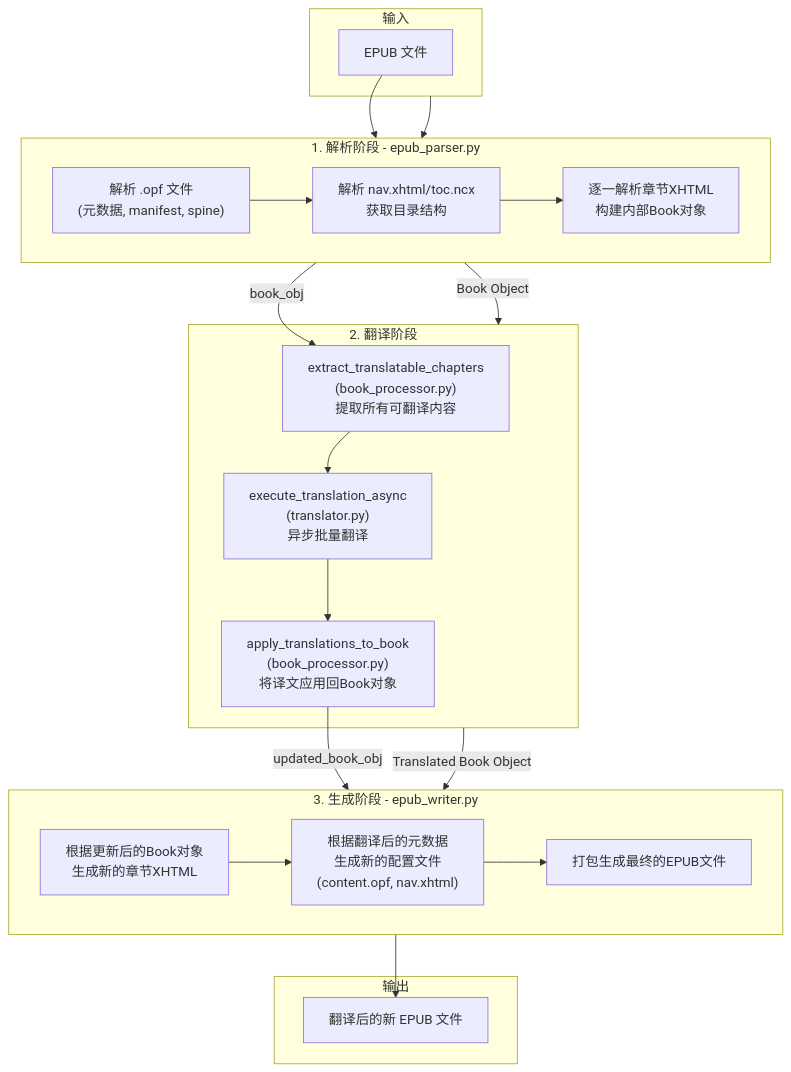
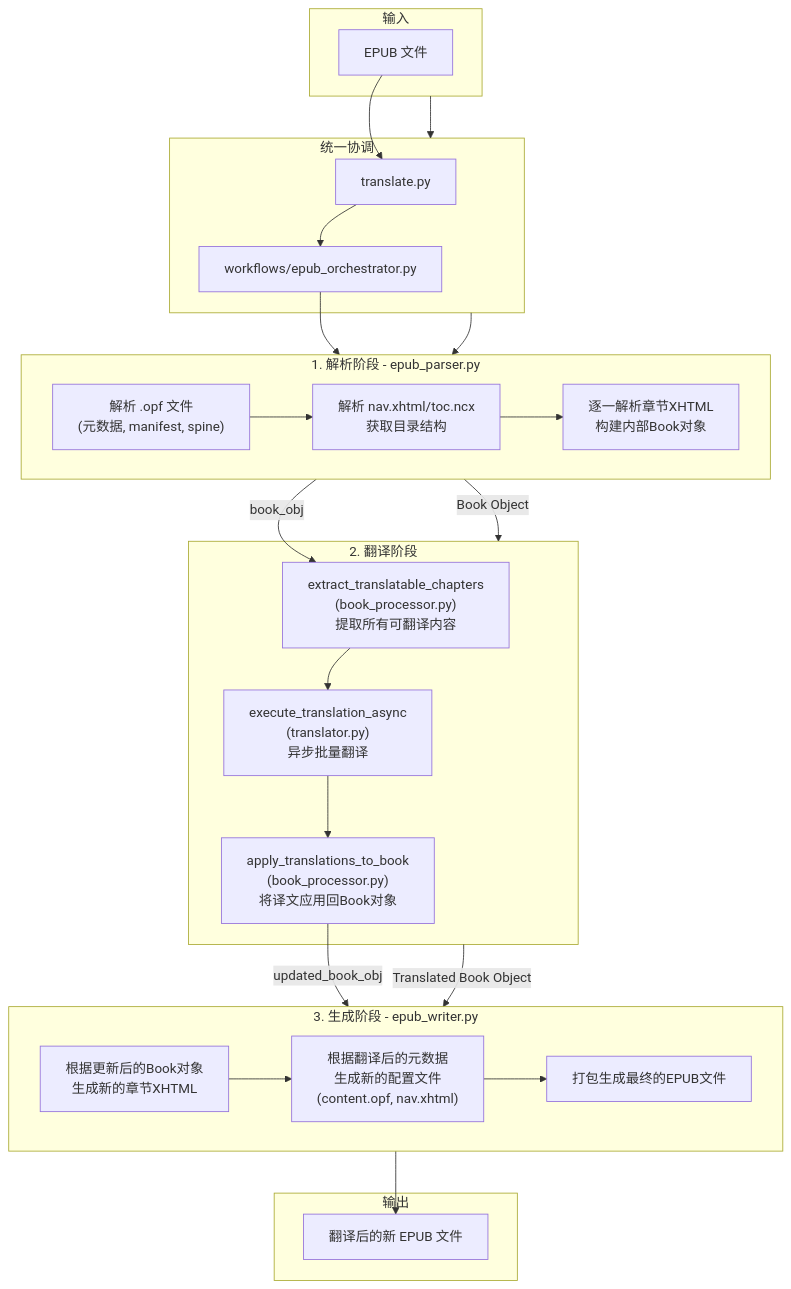
One commit to kuniyao/MultiMediaGenAI changed the first of 2 diagrams in README.md. Above: the diagram before and after it, drawn with Mermaid. The commit also changed other lines of this file and 14 other files, not shown here.

````diff
--- a/README.md
+++ b/README.md
@@ -77,37 +73,42 @@
 ```mermaid
 graph TD;
     subgraph Input [输入]
         A[EPUB 文件]
+    end
+
+    subgraph Orchestration [统一协调]
+        O1[translate.py]
+        O2[workflows/epub_orchestrator.py]
     end
 
     subgraph Parsing [1. 解析阶段 - epub_parser.py]
         direction LR
         B1["解析 .opf 文件<br>(元数据, manifest, spine)"]
         B2["解析 nav.xhtml/toc.ncx<br>获取目录结构"]
         B3["逐一解析章节XHTML<br>构建内部Book对象"]
     end
 
     subgraph Processing [2. 翻译阶段]
         C1["extract_translatable_chapters<br>(book_processor.py)<br>提取所有可翻译内容"]
         C2["execute_translation_async<br>(translator.py)<br>异步批量翻译"]
         C3["apply_translations_to_book<br>(book_processor.py)<br>将译文应用回Book对象"]
     end
 
     subgraph Writing [3. 生成阶段 - epub_writer.py]
         direction LR
         D1["根据更新后的Book对象<br>生成新的章节XHTML"]
         D2["根据翻译后的元数据<br>生成新的配置文件<br>(content.opf, nav.xhtml)"]
         D3["打包生成最终的EPUB文件"]
     end
 
-    Input --> Parsing;
-    A --> B1 --> B2 --> B3;
+    Input --> Orchestration --> Parsing;
+    A --> O1 --> O2 --> B1 --> B2 --> B3;
     Parsing -- Book Object --> Processing;
     B3 -- book_obj --> C1 --> C2 --> C3;
     Processing -- Translated Book Object --> Writing;
     C3 -- updated_book_obj --> D1 --> D2 --> D3;
     subgraph Output [输出]
         E[翻译后的新 EPUB 文件]
     end
     D3 --> E;
 ```
````
